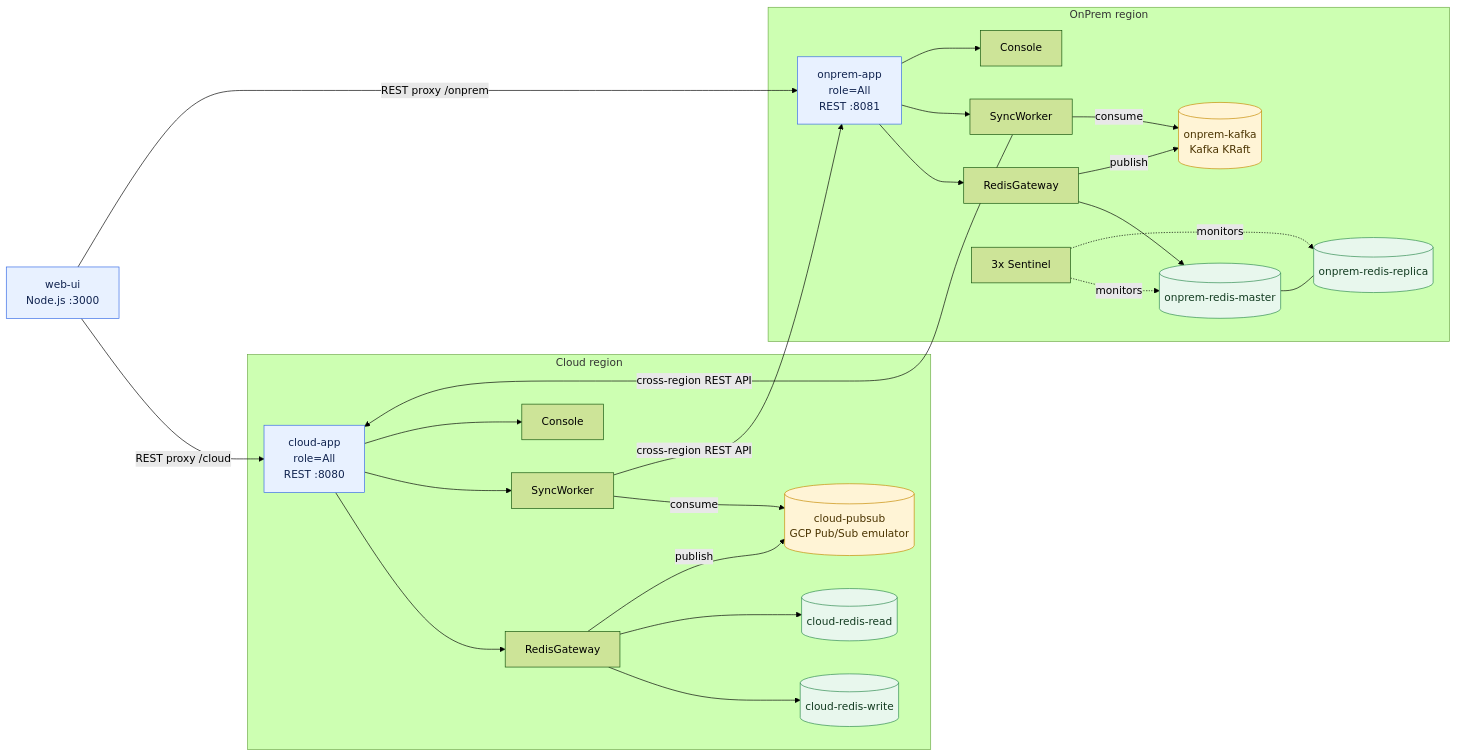
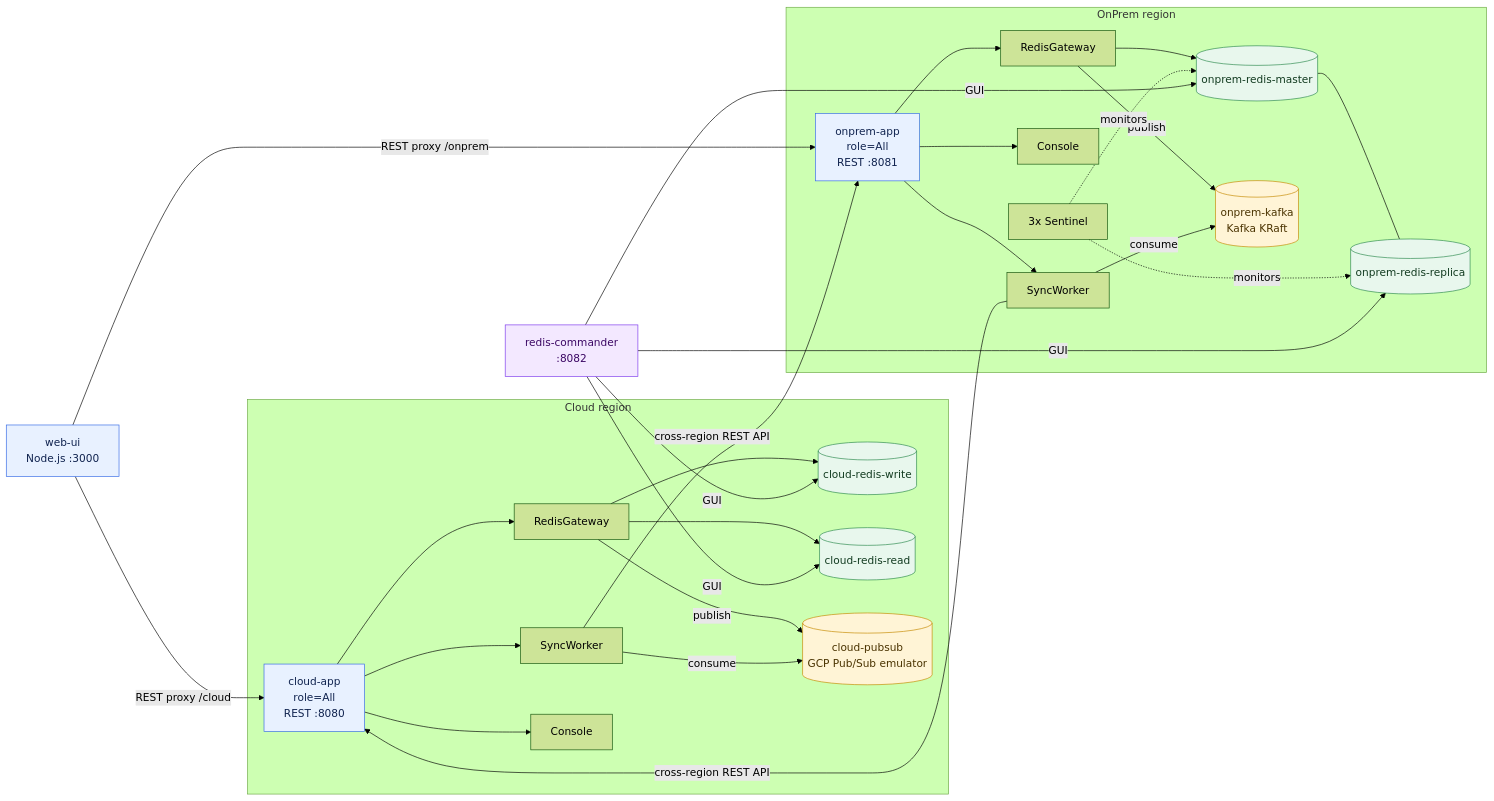
Before and after one commit to khcjump/poc-redis-camellia: the diagram in README.md, drawn with Mermaid (forest theme). The commit also changed other lines of this file, not shown here.

Commit message:
docs: update README - add HTTP pool/retry, Hash/ZSet, TPS benchmark, redis-commander, Camellia tuning

````diff
--- a/README.md
+++ b/README.md
@@ -31,54 +32,58 @@
 ```mermaid
 flowchart LR
     webui["web-ui<br/>Node.js :3000"]
+    rc["redis-commander<br/>:8082"]
 
     subgraph onprem["OnPrem region"]
         onpremApp["onprem-app<br/>role=All<br/>REST :8081"]
         onpremGateway["RedisGateway"]
         onpremWorker["SyncWorker"]
         onpremConsole["Console"]
         onpremMaster[("onprem-redis-master")]
         onpremReplica[("onprem-redis-replica")]
         onpremSentinel["3x Sentinel"]
         onpremKafka[("onprem-kafka<br/>Kafka KRaft")]
 
         onpremApp --> onpremGateway
         onpremApp --> onpremWorker
         onpremApp --> onpremConsole
         onpremGateway --> onpremMaster
         onpremGateway -->|publish| onpremKafka
         onpremWorker -->|consume| onpremKafka
         onpremMaster --- onpremReplica
         onpremSentinel -. monitors .-> onpremMaster
         onpremSentinel -. monitors .-> onpremReplica
     end
 
     subgraph cloud["Cloud region"]
         cloudApp["cloud-app<br/>role=All<br/>REST :8080"]
         cloudGateway["RedisGateway"]
         cloudWorker["SyncWorker"]
         cloudConsole["Console"]
         cloudWrite[("cloud-redis-write")]
         cloudRead[("cloud-redis-read")]
         cloudPubSub[("cloud-pubsub<br/>GCP Pub/Sub emulator")]
 
         cloudApp --> cloudGateway
         cloudApp --> cloudWorker
         cloudApp --> cloudConsole
         cloudGateway --> cloudWrite
         cloudGateway --> cloudRead
         cloudGateway -->|publish| cloudPubSub
         cloudWorker -->|consume| cloudPubSub
     end
     webui -->|REST proxy /cloud| cloudApp
     webui -->|REST proxy /onprem| onpremApp
+    rc -->|GUI| cloudWrite & cloudRead & onpremMaster & onpremReplica
     cloudWorker -->|cross-region REST API| onpremApp
     onpremWorker -->|cross-region REST API| cloudApp
 
     classDef app fill:#e8f1ff,stroke:#356ae6,color:#10234f
     classDef queue fill:#fff4d6,stroke:#c58a00,color:#4a3300
     classDef redis fill:#e8f7ed,stroke:#2d8a4e,color:#123b20
+    classDef tool fill:#f3e8ff,stroke:#7c3aed,color:#3b0764
     class cloudApp,onpremApp,webui app
     class cloudPubSub,onpremKafka queue
     class cloudWrite,cloudRead,onpremMaster,onpremReplica redis
+    class rc tool
 ```
````
